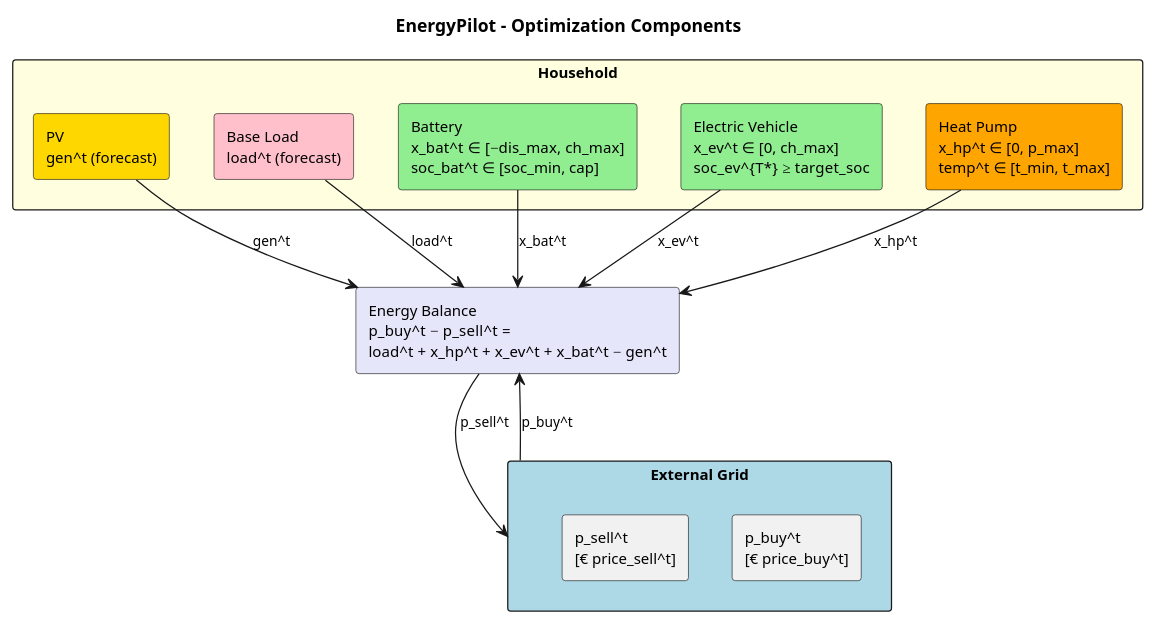
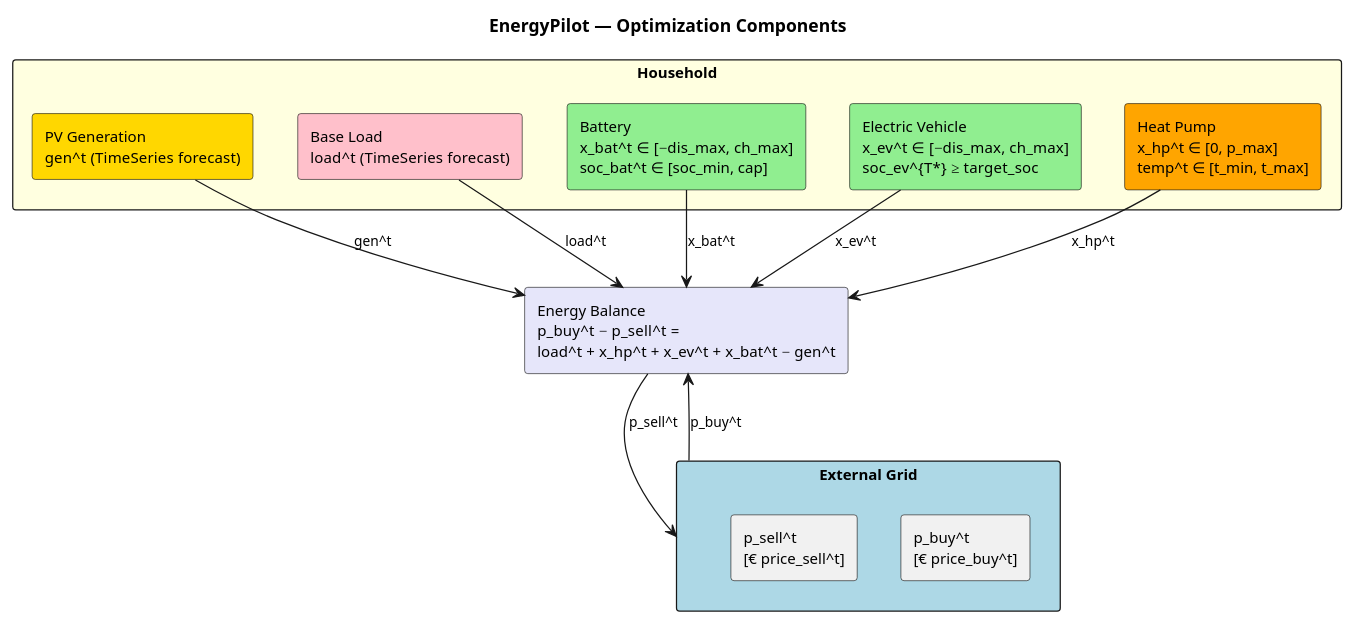
One commit to AdrianDegenkolb/EnergyPilot changed the diagram in diagrams/optimization_components.puml. Above: the diagram before and after it, drawn with PlantUML. The commit also changed 30 other files, not shown here.

```diff
--- a/diagrams/optimization_components.puml
+++ b/diagrams/optimization_components.puml
@@ -1,31 +1,31 @@
 @startuml energy_model
-title EnergyPilot - Optimization Components
+title EnergyPilot — Optimization Components
 
 skinparam defaultFontSize 13
 skinparam rectangleFontSize 12
 skinparam arrowFontSize 11
 
 rectangle "External Grid" as grid #LightBlue {
     rectangle "p_buy^t\n[€ price_buy^t]" as buy
     rectangle "p_sell^t\n[€ price_sell^t]" as sell
 }
 
 rectangle "Household" as house #LightYellow {
-    rectangle "PV\ngen^t (forecast)" as pv #Gold
-    rectangle "Base Load\nload^t (forecast)" as load #Pink
+    rectangle "PV Generation\ngen^t  (TimeSeries forecast)" as gen #Gold
+    rectangle "Base Load\nload^t  (TimeSeries forecast)" as load #Pink
 
     rectangle "Battery\nx_bat^t ∈ [−dis_max, ch_max]\nsoc_bat^t ∈ [soc_min, cap]" as bat #LightGreen
-    rectangle "Electric Vehicle\nx_ev^t ∈ [0, ch_max]\nsoc_ev^{T*} ≥ target_soc" as ev #LightGreen
+    rectangle "Electric Vehicle\nx_ev^t ∈ [−dis_max, ch_max]\nsoc_ev^{T*} ≥ target_soc" as ev #LightGreen
     rectangle "Heat Pump\nx_hp^t ∈ [0, p_max]\ntemp^t ∈ [t_min, t_max]" as hp #Orange
 }
 
 rectangle "Energy Balance\np_buy^t − p_sell^t =\nload^t + x_hp^t + x_ev^t + x_bat^t − gen^t" as balance #Lavender
 
 grid --> balance : p_buy^t
 balance --> grid : p_sell^t
-pv --> balance : gen^t
+gen  --> balance : gen^t
 load --> balance : load^t
-bat --> balance : x_bat^t
-ev --> balance : x_ev^t
-hp --> balance : x_hp^t
+bat  --> balance : x_bat^t
+ev   --> balance : x_ev^t
+hp   --> balance : x_hp^t
 @enduml
```
